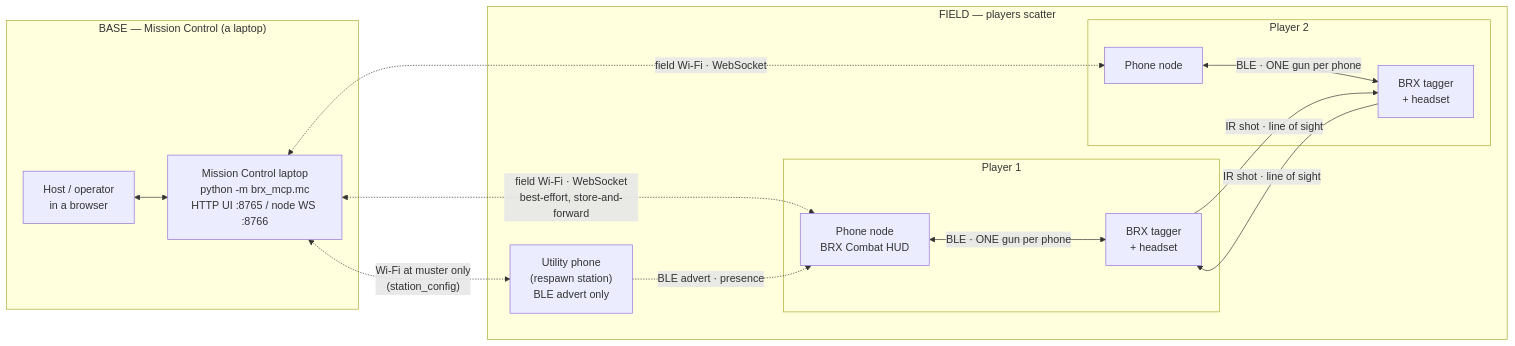
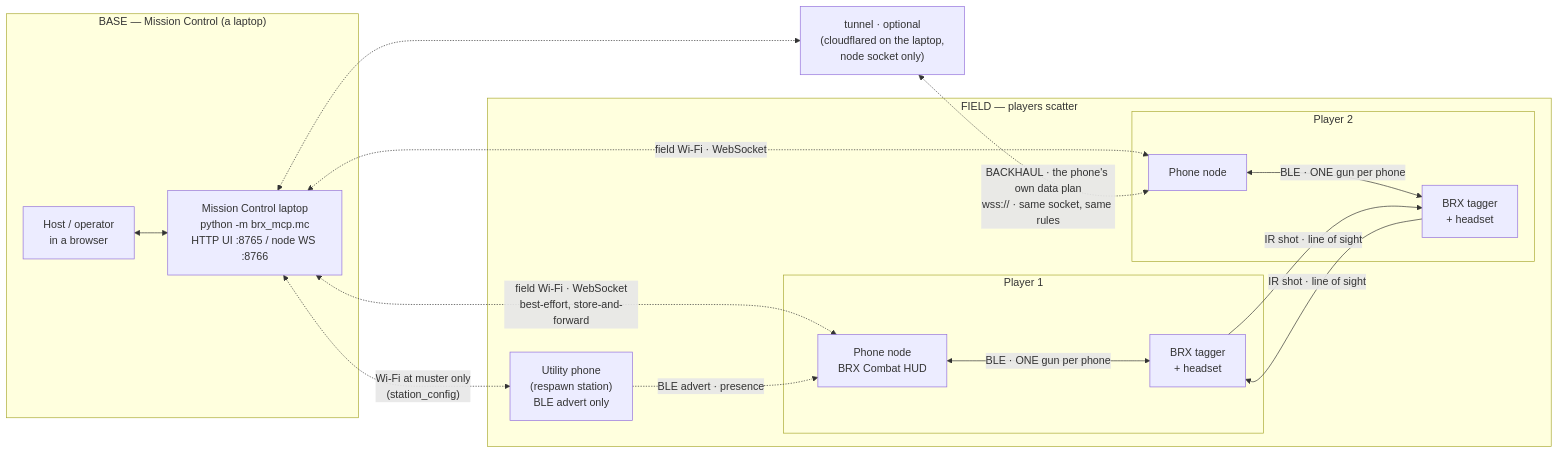
Before and after one commit to tony99nyr/open-brx: the second of 5 diagrams in docs/architecture-topology.md, drawn with Mermaid. The commit also changed other lines of this file and 1 other file, not shown here.

First line of the commit message:
Topology doc carries the backhaul line and today's proven/unproven state; the platform landing gets a Topology section

````diff
--- a/docs/architecture-topology.md
+++ b/docs/architecture-topology.md
@@ -60,27 +62,30 @@
 ```mermaid
 flowchart LR
   subgraph BASE["BASE — Mission Control (a laptop)"]
     MC["Mission Control laptop<br/>python -m brx_mcp.mc<br/>HTTP UI :8765 / node WS :8766"]
     OP["Host / operator<br/>in a browser"]
     OP <--> MC
   end
   subgraph FIELD["FIELD — players scatter"]
     subgraph P1["Player 1"]
       PH1["Phone node<br/>BRX Combat HUD"]
       G1["BRX tagger<br/>+ headset"]
       PH1 <-->|"BLE · ONE gun per phone"| G1
     end
     subgraph P2["Player 2"]
       PH2["Phone node"]
       G2["BRX tagger<br/>+ headset"]
       PH2 <-->|"BLE · ONE gun per phone"| G2
     end
     ST["Utility phone<br/>(respawn station)<br/>BLE advert only"]
   end
   MC <-.->|"field Wi-Fi · WebSocket<br/>best-effort, store-and-forward"| PH1
   MC <-.->|"field Wi-Fi · WebSocket"| PH2
+  TUN["tunnel · optional<br/>(cloudflared on the laptop,<br/>node socket only)"]
+  MC <-.-> TUN
+  TUN <-.->|"BACKHAUL · the phone's own data plan<br/>wss:// · same socket, same rules"| PH2
   MC <-.->|"Wi-Fi at muster only<br/>(station_config)"| ST
   ST -.->|"BLE advert · presence"| PH1
   G1 -->|"IR shot · line of sight"| G2
   G2 -->|"IR shot · line of sight"| G1
 ```
````
